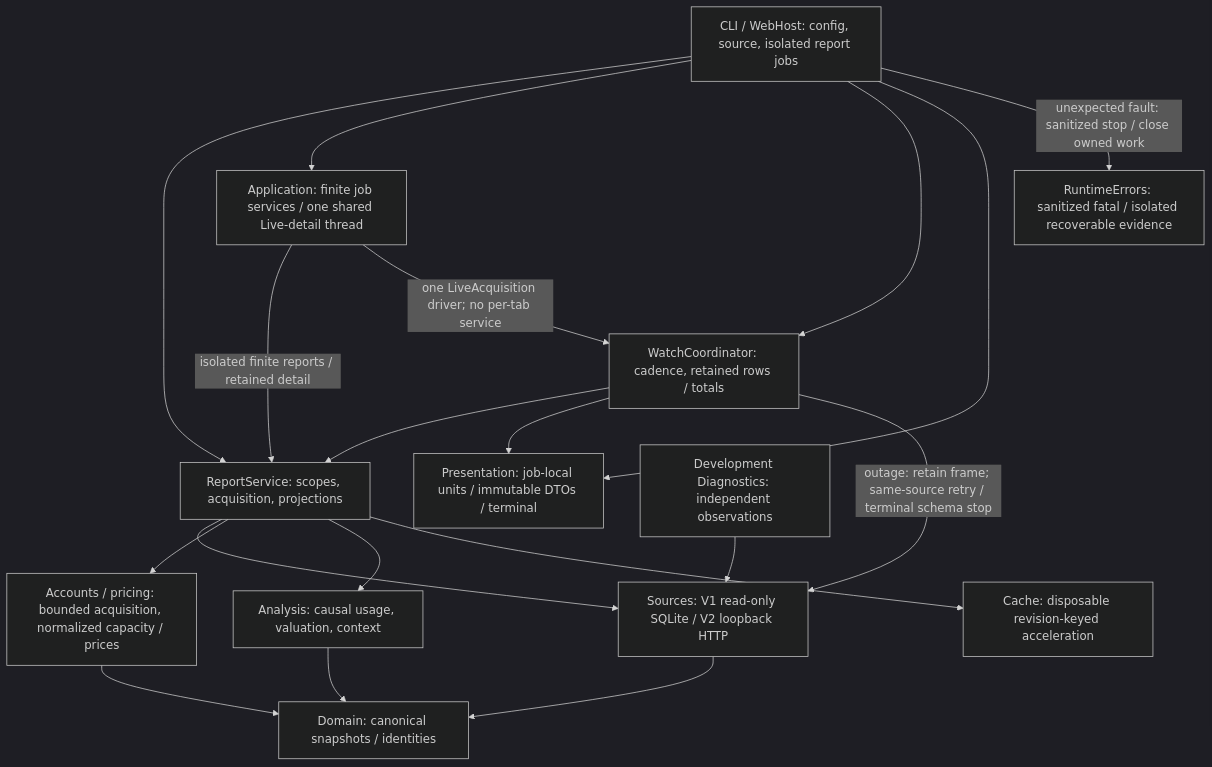
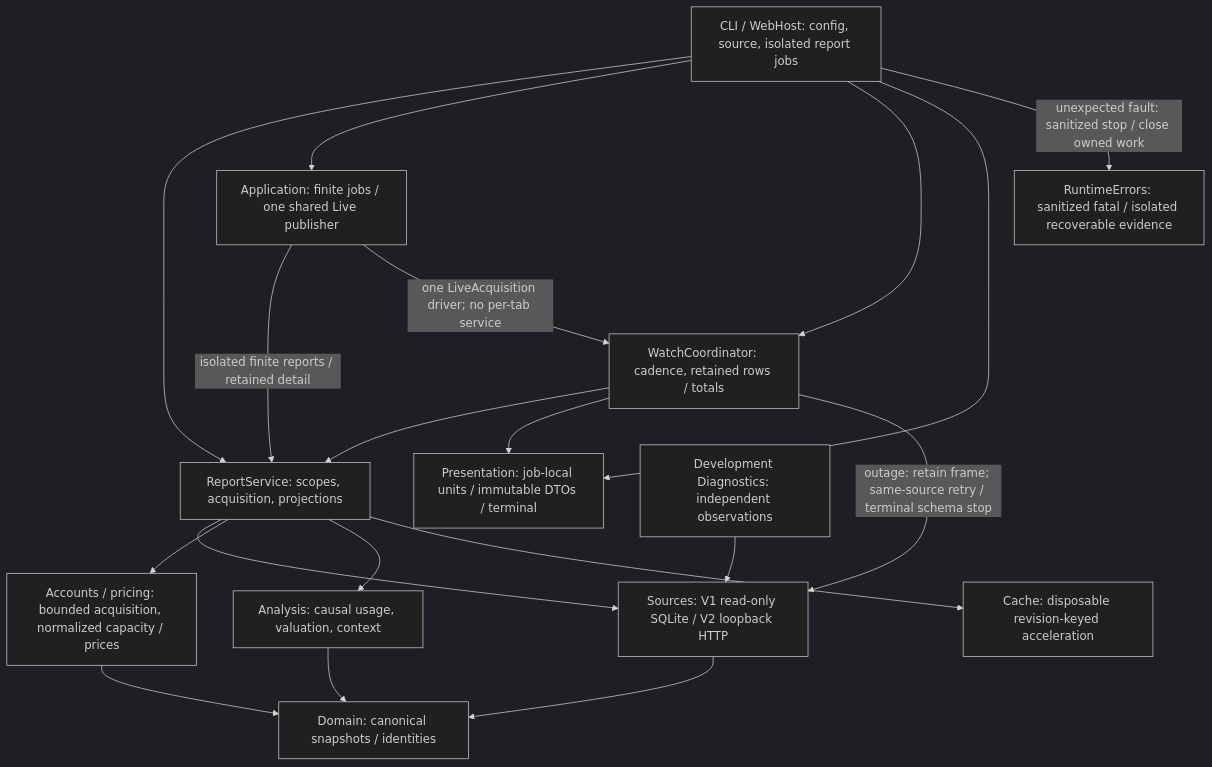
Before and after one commit to qstoffe/cost-guard: the first of 2 diagrams in development/architecture/OVERVIEW.md, drawn with Mermaid (dark theme). The commit also changed other lines of this file and 43 other files, not shown here.

````diff
--- a/development/architecture/OVERVIEW.md
+++ b/development/architecture/OVERVIEW.md
@@ -18,21 +18,21 @@
 ```mermaid
 flowchart TD
     entry["CLI / WebHost: config, source, isolated report jobs"] --> reports["ReportService: scopes, acquisition, projections"]
-    entry --> application["Application: finite job services / one shared Live-detail thread"]
+    entry --> application["Application: finite jobs / one shared Live publisher"]
     application -->|"isolated finite reports / retained detail"| reports
     entry --> watch["WatchCoordinator: cadence, retained rows / totals"]
     application -->|"one LiveAcquisition driver; no per-tab service"| watch
     watch --> reports
     reports --> sources["Sources: V1 read-only SQLite / V2 loopback HTTP"]
     reports --> providers["Accounts / pricing: bounded acquisition, normalized capacity / prices"]
     sources --> domain["Domain: canonical snapshots / identities"]
     providers --> domain
     reports --> analysis["Analysis: causal usage, valuation, context"]
     analysis --> domain
     reports --> cache["Cache: disposable revision-keyed acceleration"]
     entry --> presentation["Presentation: job-local units / immutable DTOs / terminal"]
     watch --> presentation
     watch -->|"outage: retain frame; same-source retry / terminal schema stop"| sources
     entry -->|"unexpected fault: sanitized stop / close owned work"| faults["RuntimeErrors: sanitized fatal / isolated recoverable evidence"]
     diagnostics["Development Diagnostics: independent observations"] --> sources
 ```
````
